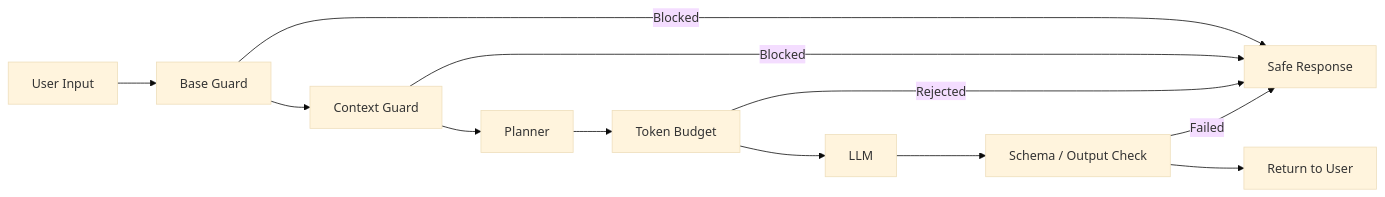
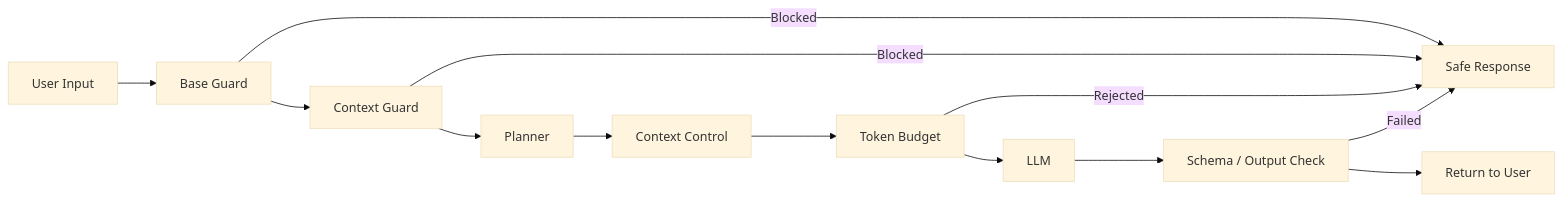
Before and after one commit to jwors/ai-dev-efficiency-studio: the diagram in projectSummary.md, drawn with Mermaid (base theme). The commit also changed other lines of this file, not shown here.

````diff
--- a/projectSummary.md
+++ b/projectSummary.md
@@ -3,17 +3,17 @@
 ```mermaid
 flowchart LR
     U[User Input] --> G1[Base Guard]
     G1 --> G2[Context Guard]
     G1 -->|Blocked| R[Safe Response]
     G2 -->|Blocked| R
 
     G2 --> P[Planner]
-    P --> B[Token Budget]
+    P --> C[Context Control]
+    C --> B[Token Budget]
     B --> L[LLM]
     L --> V[Schema / Output Check]
     V --> O[Return to User]
 
     B -->|Rejected| R
     V -->|Failed| R
-
 ```
````
